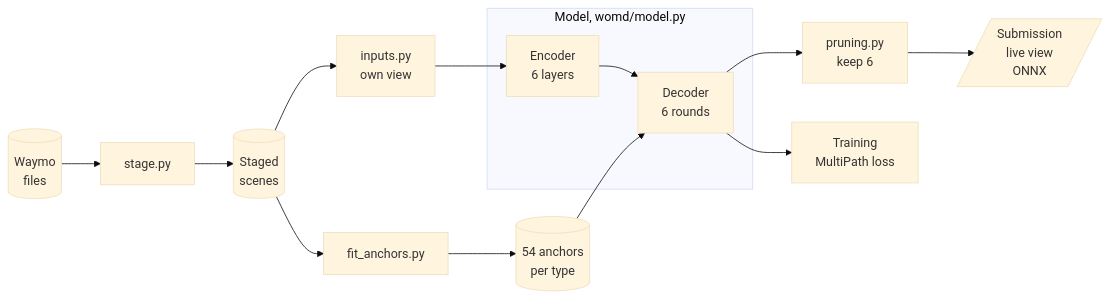
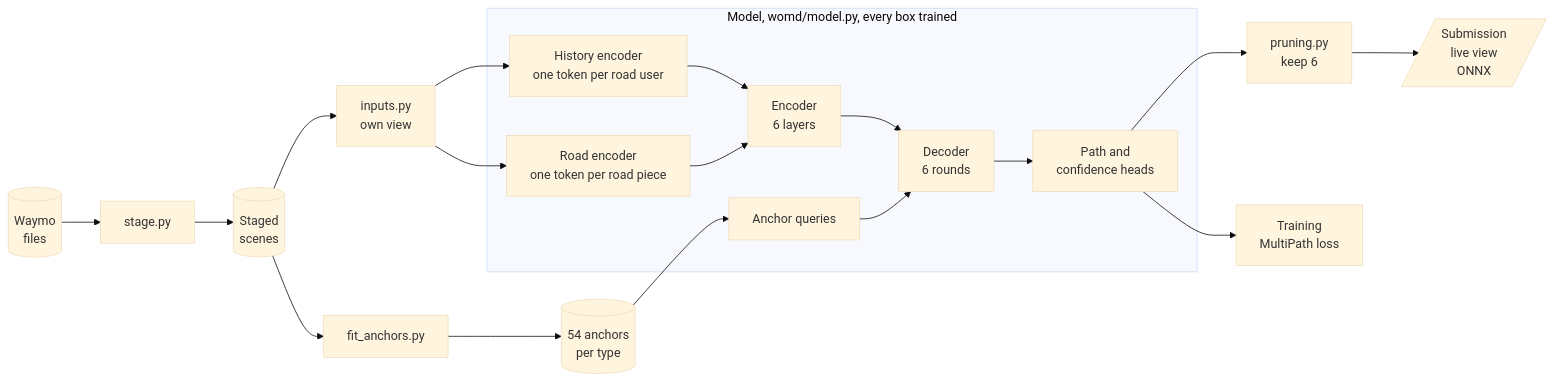
One commit to Scott-Grew/MotionNet-avPrediction changed the diagram in README.md. Above: the diagram before and after it, drawn with Mermaid (base theme). The commit also changed other lines of this file, not shown here.

Commit message:
show every trained part in the chart, list only the make targets a reader runs

````diff
--- a/README.md
+++ b/README.md
@@ -61,13 +61,20 @@
 ```mermaid
 flowchart LR
     RAW[("Waymo<br/>files")] --> STAGE["stage.py"] --> STAGED[("Staged<br/>scenes")]
     STAGED --> INPUTS["inputs.py<br/>own view"]
     STAGED --> FIT["fit_anchors.py"] --> ANCHORS[("54 anchors<br/>per type")]
-    subgraph MODEL["Model, womd/model.py"]
-        ENCODER["Encoder<br/>6 layers"] --> DECODER["Decoder<br/>6 rounds"]
+    subgraph MODEL["Model, womd/model.py, every box trained"]
+        AGENTS["History encoder<br/>one token per road user"]
+        ROAD["Road encoder<br/>one token per road piece"]
+        ENCODER["Encoder<br/>6 layers"]
+        QUERY["Anchor queries"]
+        DECODER["Decoder<br/>6 rounds"]
+        HEADS["Path and<br/>confidence heads"]
+        AGENTS & ROAD --> ENCODER --> DECODER
+        QUERY --> DECODER --> HEADS
     end
-    INPUTS --> ENCODER
-    ANCHORS --> DECODER
-    DECODER --> PRUNE["pruning.py<br/>keep 6"] --> OUT[/"Submission<br/>live view<br/>ONNX"/]
-    DECODER --> LOSS["Training<br/>MultiPath loss"]
+    INPUTS --> AGENTS & ROAD
+    ANCHORS --> QUERY
+    HEADS --> PRUNE["pruning.py<br/>keep 6"] --> OUT[/"Submission<br/>live view<br/>ONNX"/]
+    HEADS --> LOSS["Training<br/>MultiPath loss"]
 ```
````
